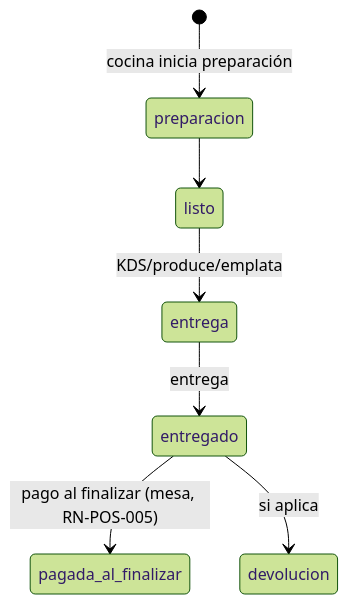
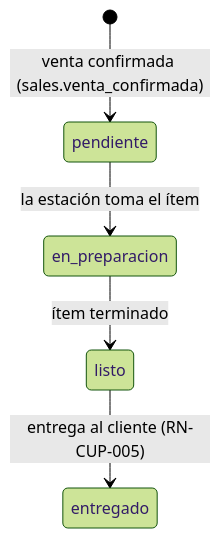
Before and after one commit to rrojasda94/provecho-erp: the fifth of 7 diagrams in docs/domain/state-machines.md, drawn with Mermaid (forest theme). The commit also changed other lines of this file and 18 other files, not shown here.

First line of the commit message:
feat(sales,docs): cumplimiento de pedido — PROC-OPE-002 (spec + entrega)

````diff
--- a/docs/domain/state-machines.md
+++ b/docs/domain/state-machines.md
@@ -84,9 +85,7 @@
 ```mermaid
 stateDiagram-v2
-    [*] --> preparacion: cocina inicia preparación
-    preparacion --> listo
-    listo --> entrega: KDS/produce/emplata
-    entrega --> entregado: entrega
-    entregado --> pagada_al_finalizar: pago al finalizar (mesa, RN-POS-005)
-    entregado --> devolucion: si aplica
+    [*] --> pendiente: venta confirmada (sales.venta_confirmada)
+    pendiente --> en_preparacion: la estación toma el ítem
+    en_preparacion --> listo: ítem terminado
+    listo --> entregado: entrega al cliente (RN-CUP-005)
 ```
````
